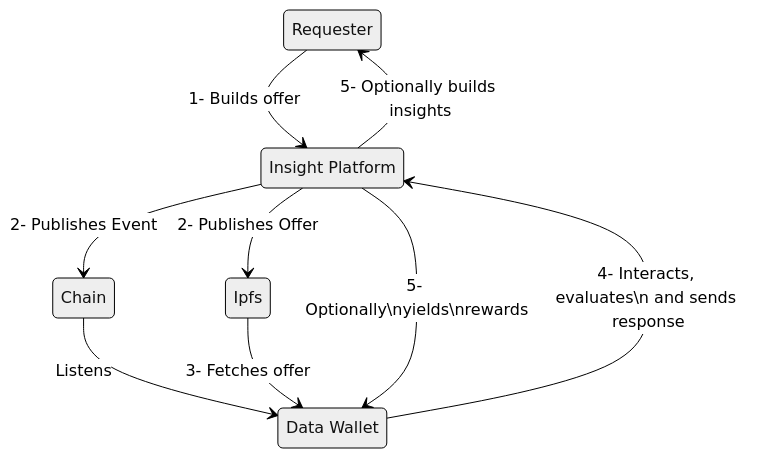
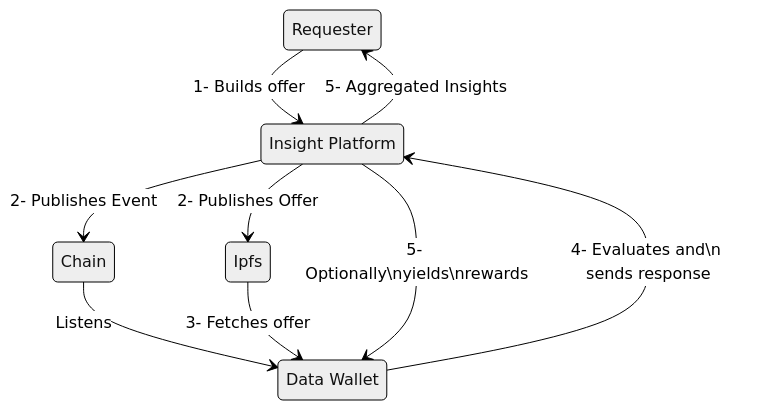
One commit to SnickerdoodleLabs/protocol changed the first of 2 diagrams in documentation/sdql/INTRODUCTION.md. Above: the diagram before and after it, drawn with Mermaid (neutral theme). The commit also changed other lines of this file, not shown here.

````diff
--- a/documentation/sdql/INTRODUCTION.md
+++ b/documentation/sdql/INTRODUCTION.md
@@ -63,14 +90,14 @@
 ```mermaid
 stateDiagram-v2
   Requester: Requester
   IP: Insight Platform
   DW: Data Wallet
   Requester --> IP: 1- Builds offer
   IP --> Ipfs: 2- Publishes Offer
   IP --> Chain: 2- Publishes Event
   Chain --> DW: Listens 
   Ipfs --> DW: 3- Fetches offer
-  DW --> IP: 4- Interacts, evaluates\n and sends response
+  DW --> IP: 4- Evaluates and\n sends response
   IP --> DW: 5- Optionally\nyields\nrewards
-  IP --> Requester: 5- Optionally builds insights
+  IP --> Requester: 5- Aggregated Insights
 ```
````
